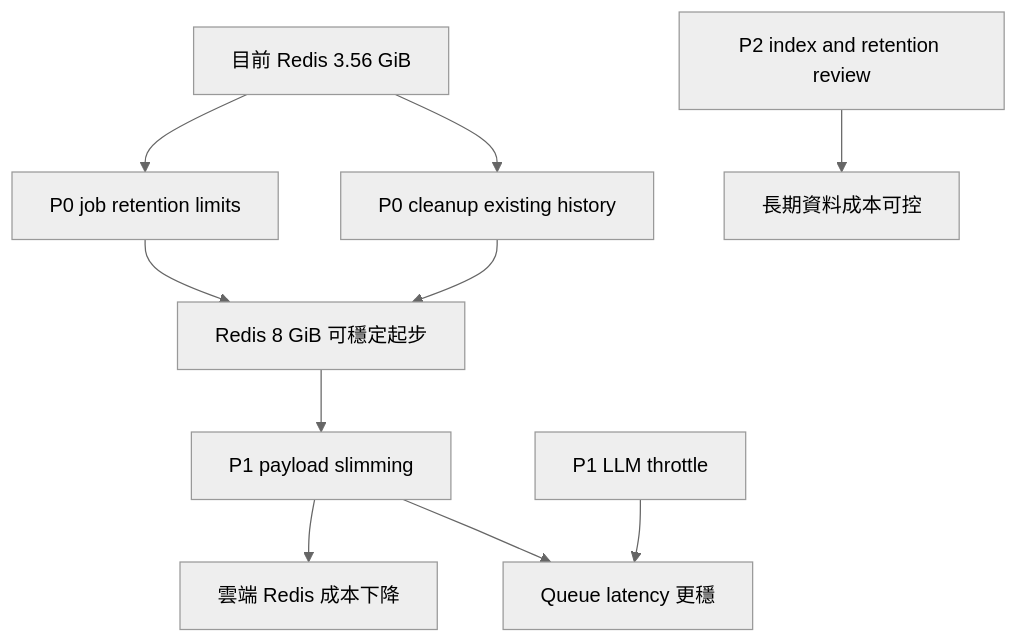
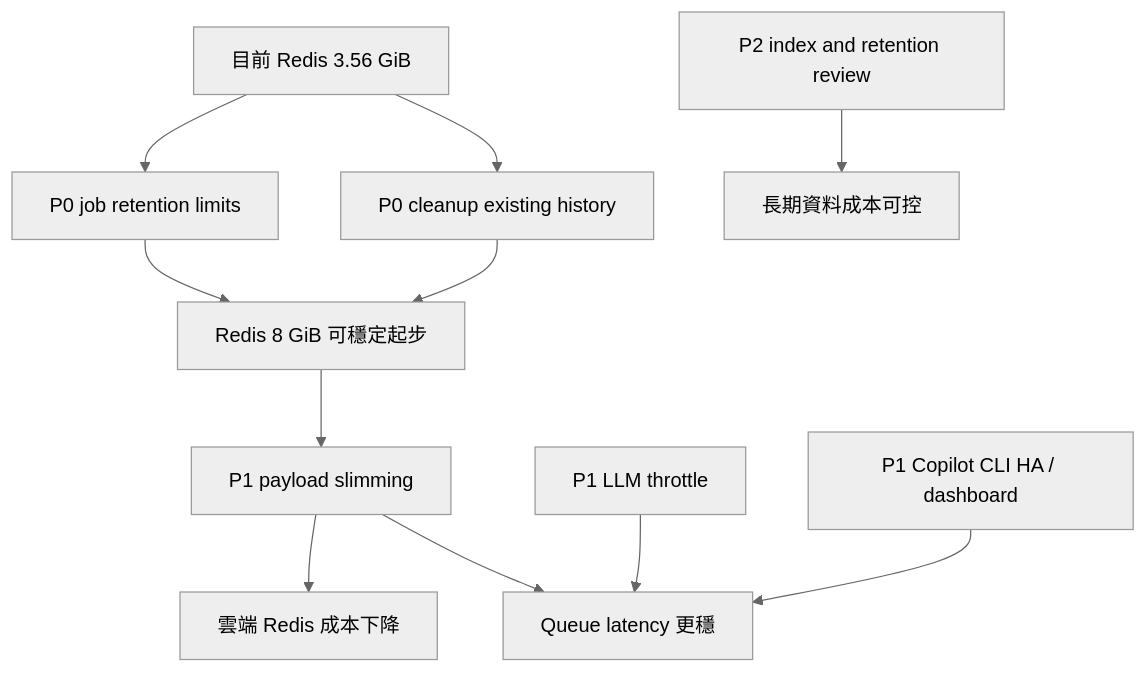
Diagram 16 of 17 in production-resource-architecture-proposal.md (chunkai1312/temp), drawn with Mermaid (neutral theme) before and after one commit. The commit also changed other lines of this file, not shown here.

````diff
--- a/production-resource-architecture-proposal.md
+++ b/production-resource-architecture-proposal.md
@@ -578,12 +674,13 @@
 ```mermaid
 flowchart TB
   NOW["目前 Redis 3.56 GiB"] --> P0A["P0 job retention limits"]
   NOW --> P0B["P0 cleanup existing history"]
   P0A --> LOWER["Redis 8 GiB 可穩定起步"]
   P0B --> LOWER
   LOWER --> P1A["P1 payload slimming"]
   P1A --> COST["雲端 Redis 成本下降"]
   P1A --> STABILITY["Queue latency 更穩"]
   P1B["P1 LLM throttle"] --> STABILITY
+  P1C["P1 Copilot CLI HA / dashboard"] --> STABILITY
   P2["P2 index and retention review"] --> LONGTERM["長期資料成本可控"]
 ```
````
